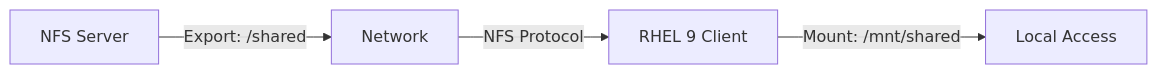
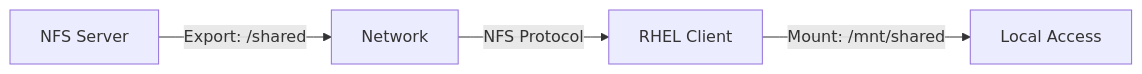
Before and after one commit to OneUptime/blog: the diagram in posts/2026-03-04-configure-nfs-mounts-cockpit-rhel-9/README.md, drawn with Mermaid. The commit also changed other lines of this file and 4866 other files, not shown here.

````diff
--- a/posts/2026-03-04-configure-nfs-mounts-cockpit-rhel-9/README.md
+++ b/posts/2026-03-04-configure-nfs-mounts-cockpit-rhel-9/README.md
@@ -37,6 +37,6 @@
 ```mermaid
 graph LR
     A[NFS Server] -->|Export: /shared| B[Network]
-    B -->|NFS Protocol| C[RHEL 9 Client]
+    B -->|NFS Protocol| C[RHEL Client]
     C -->|Mount: /mnt/shared| D[Local Access]
 ```
````
